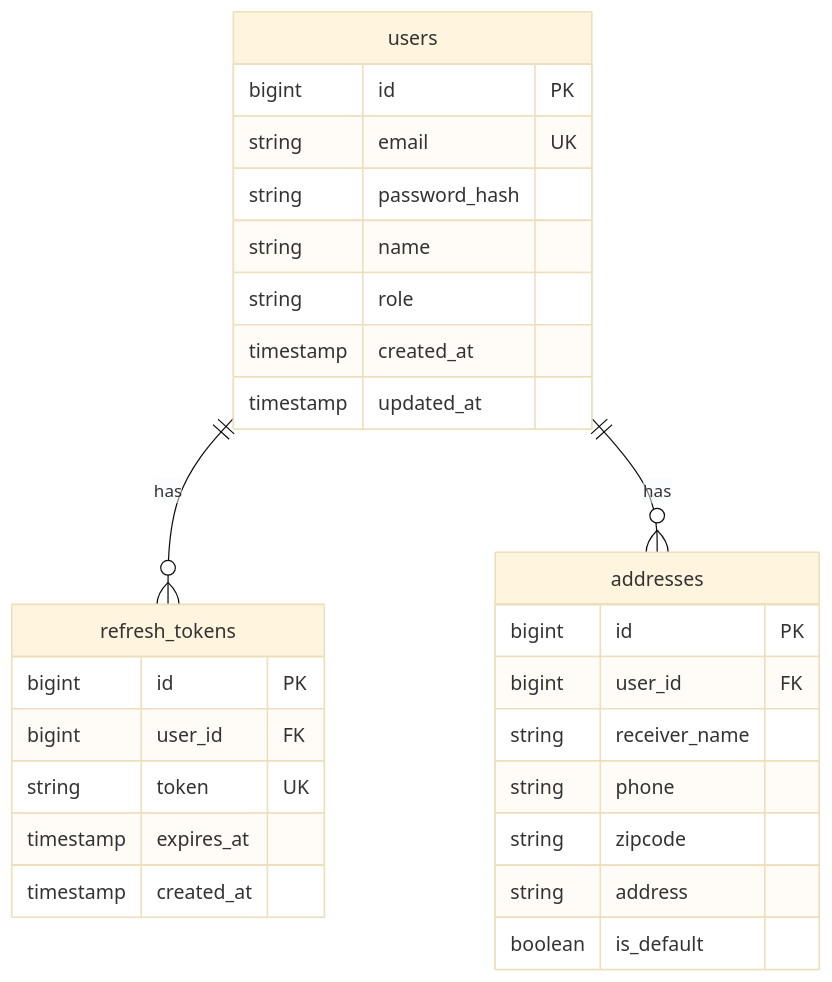
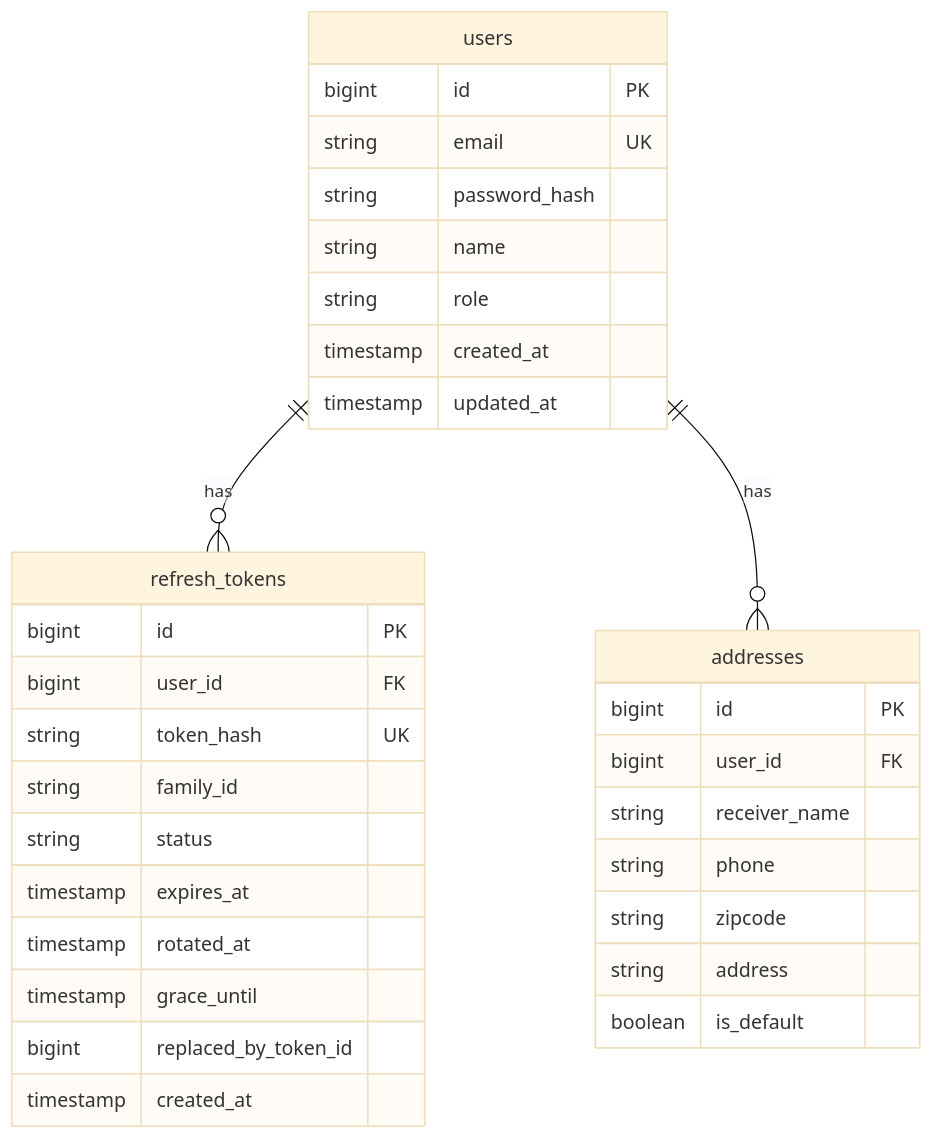
One commit to Kimgyuilli/PeekCart changed the first of 5 diagrams in docs/05-data-design.md. Above: the diagram before and after it, drawn with Mermaid (base theme). The commit also changed other lines of this file, not shown here.

First line of the commit message:
docs(data): ERD 를 마이그레이션 최종 스키마로 맞추고 공통 메시징 테이블 정리

````diff
--- a/docs/05-data-design.md
+++ b/docs/05-data-design.md
@@ -26,30 +38,35 @@
 ```mermaid
 erDiagram
   users {
     bigint id PK
     string email UK
     string password_hash
     string name
     string role
     timestamp created_at
     timestamp updated_at
   }
   refresh_tokens {
     bigint id PK
     bigint user_id FK
-    string token UK
+    string token_hash UK
+    string family_id
+    string status
     timestamp expires_at
+    timestamp rotated_at
+    timestamp grace_until
+    bigint replaced_by_token_id
     timestamp created_at
   }
   addresses {
     bigint id PK
     bigint user_id FK
     string receiver_name
     string phone
     string zipcode
     string address
     boolean is_default
   }
   users ||--o{ refresh_tokens : has
   users ||--o{ addresses : has
 ```
````
